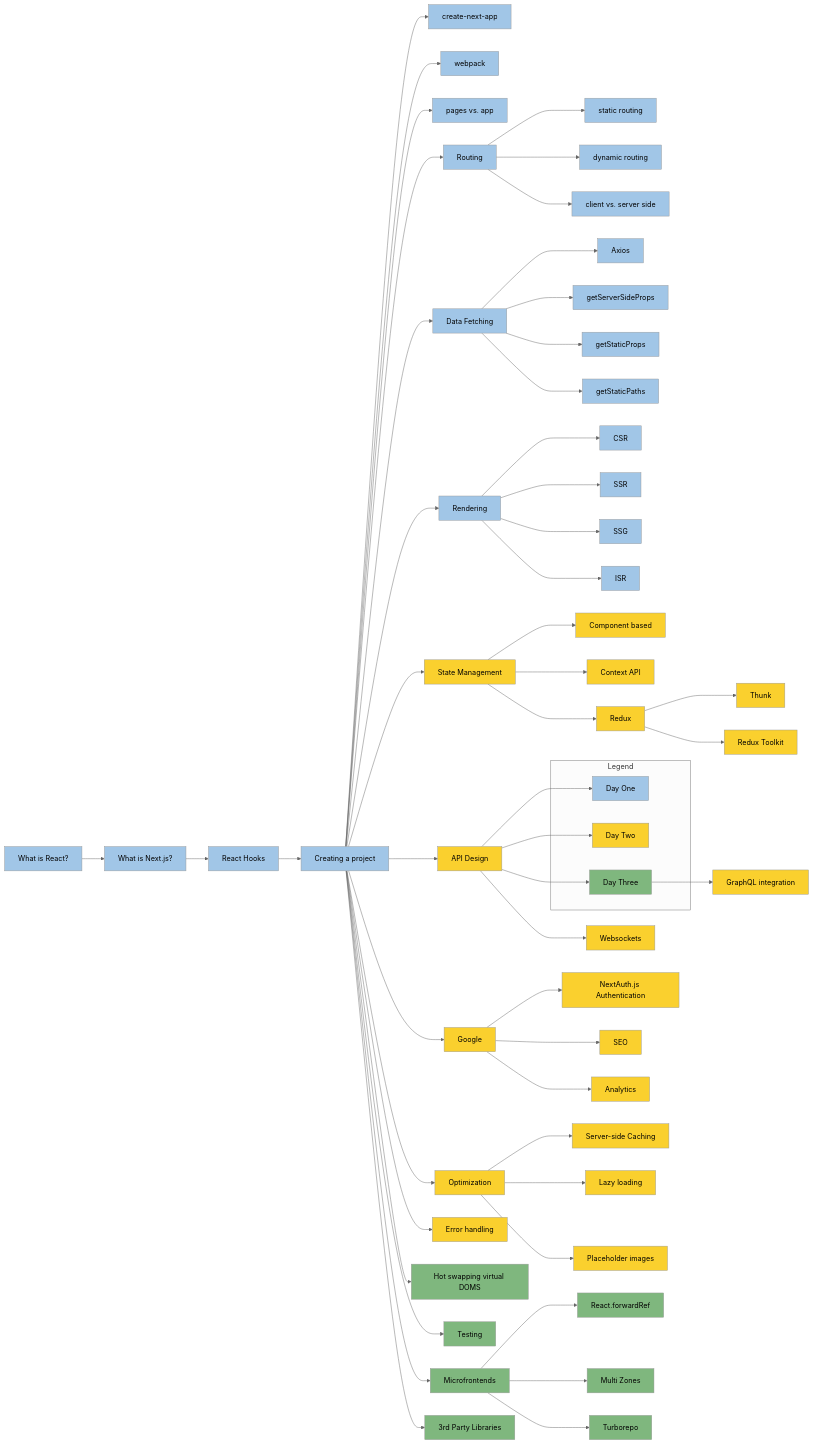
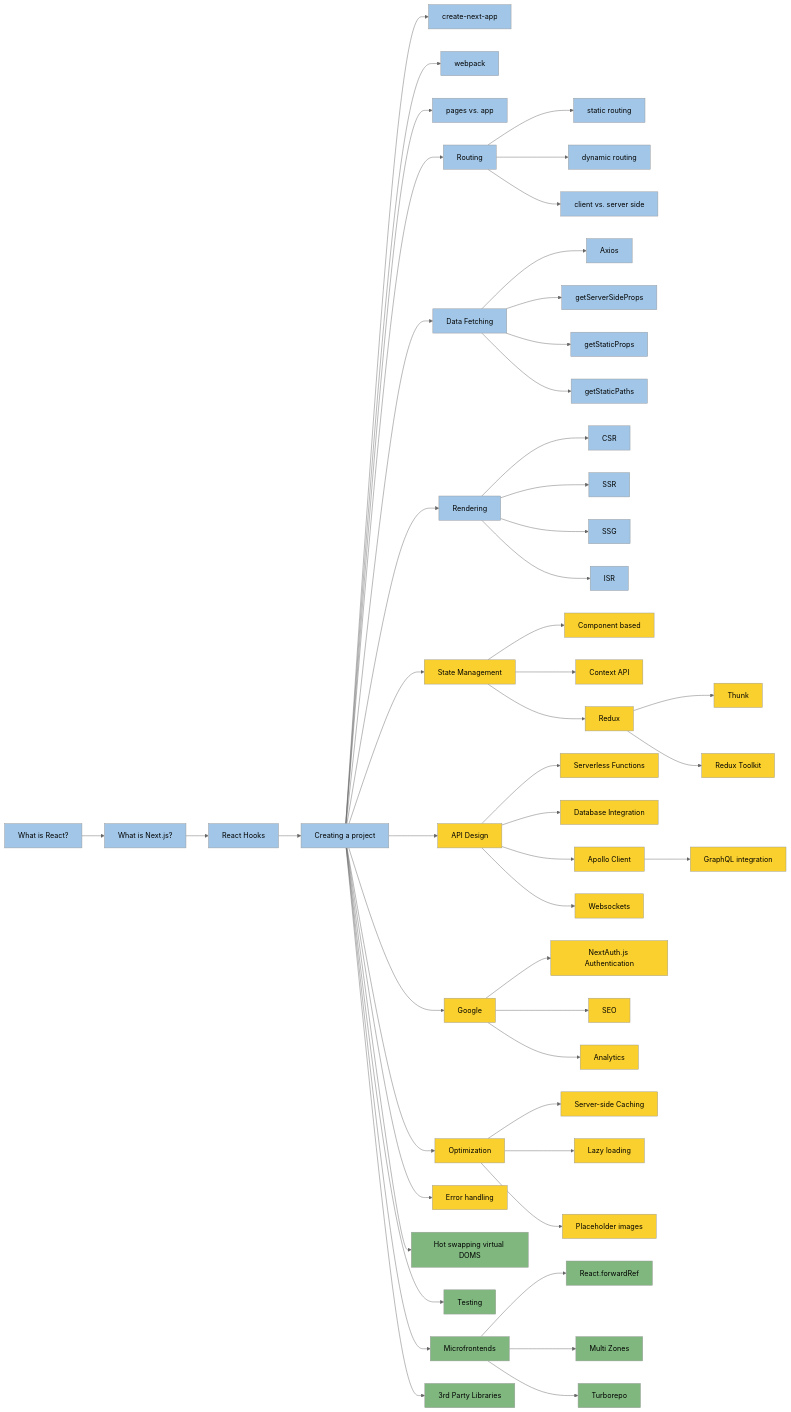
One commit to csfeeser/next-js-react changed the diagram in flowchart.md. Above: the diagram before and after it, drawn with Mermaid (neutral theme).

````diff
--- a/flowchart.md
+++ b/flowchart.md
@@ -112,14 +112,4 @@
     style R2 fill:#7FB77E
     style R3 fill:#7FB77E
     style S fill:#7FB77E
-
-    %% Legend
-    subgraph Legend
-    L1["<span style='color:black;'>Day One</span>"]
-    style L1 fill:#A1C6E7
-    L2["<span style='color:black;'>Day Two</span>"]
-    style L2 fill:#FAD02E
-    L3["<span style='color:black;'>Day Three</span>"]
-    style L3 fill:#7FB77E
-    end
 ```
````
